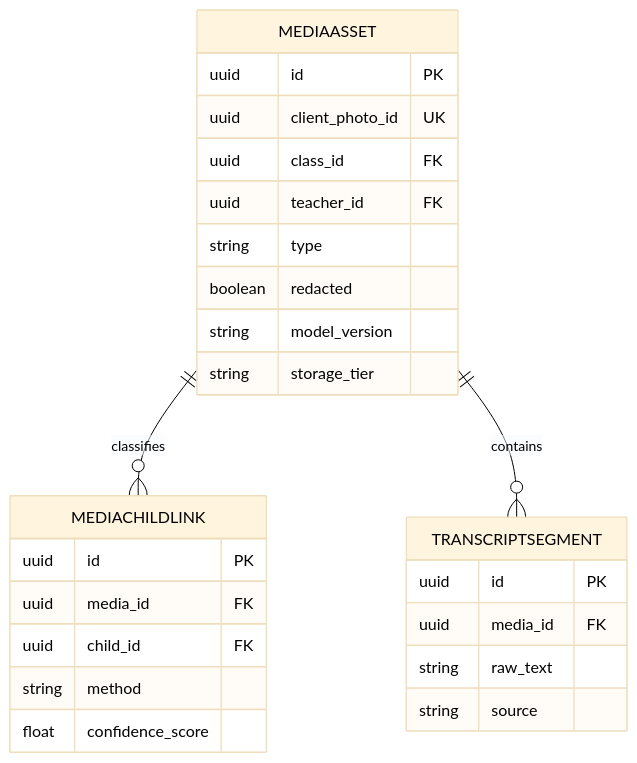
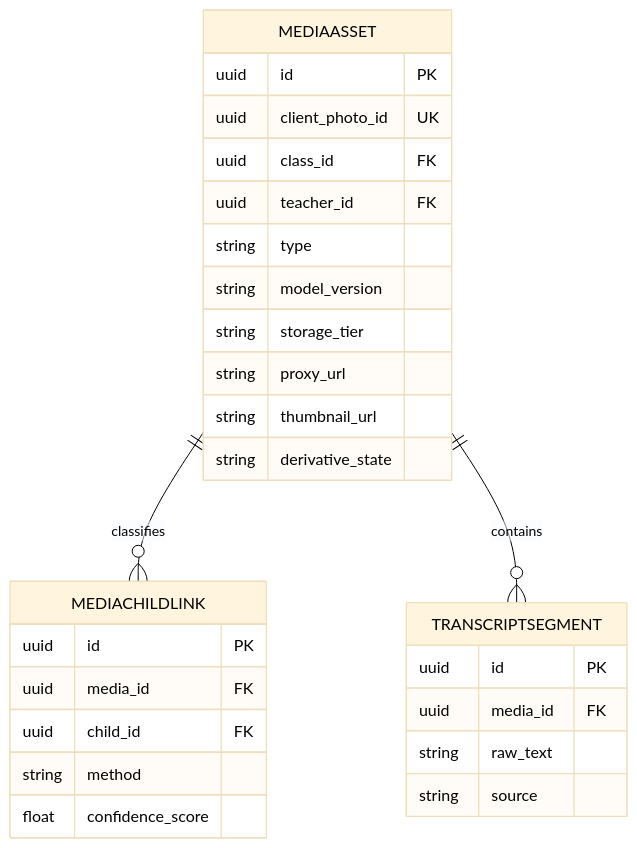
Before and after one commit to kakaotechcampus-4/ktc4-chungnam-4: the third of 8 diagrams in docs/테크스펙.md, drawn with Mermaid. The commit also changed other lines of this file and 2 other files, not shown here.

````diff
--- a/docs/테크스펙.md
+++ b/docs/테크스펙.md
@@ -520,29 +520,31 @@
 ```mermaid
 %%{init: {'theme':'base', 'themeVariables': {'primaryTextColor':'#000000','textColor':'#000000','lineColor':'#000000'}}}%%
 erDiagram
   MEDIAASSET {
     uuid id PK
     uuid client_photo_id UK
     uuid class_id FK
     uuid teacher_id FK
     string type
-    boolean redacted
     string model_version
     string storage_tier
+    string proxy_url
+    string thumbnail_url
+    string derivative_state
   }
   MEDIACHILDLINK {
     uuid id PK
     uuid media_id FK
     uuid child_id FK
     string method
     float confidence_score
   }
   TRANSCRIPTSEGMENT {
     uuid id PK
     uuid media_id FK
     string raw_text
     string source
   }
   MEDIAASSET ||--o{ MEDIACHILDLINK : classifies
   MEDIAASSET ||--o{ TRANSCRIPTSEGMENT : contains
 ```
````
